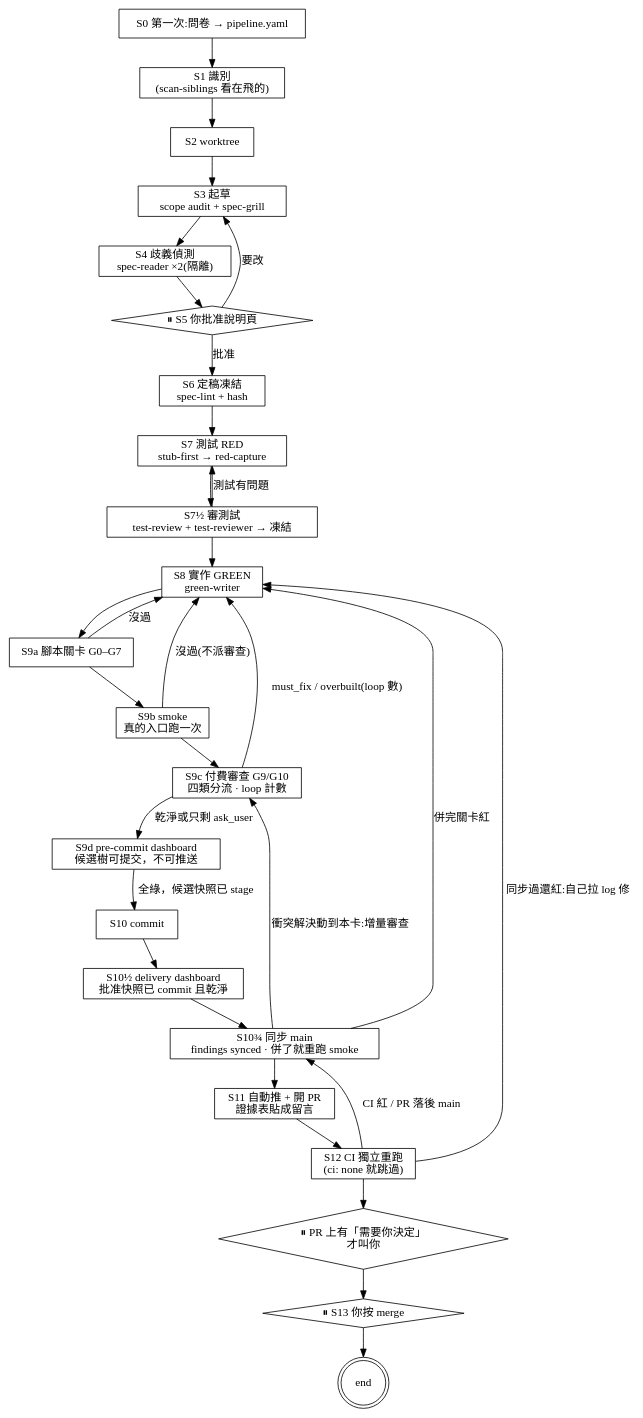
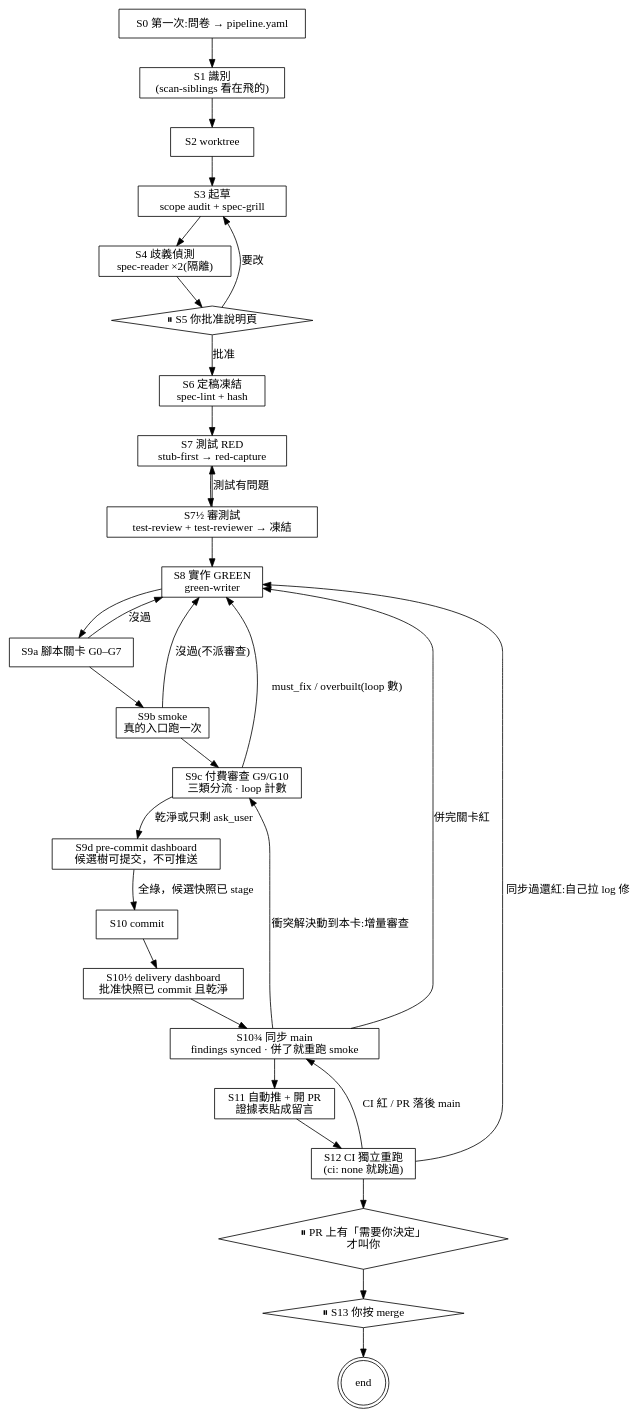
One commit to Chiao75543/claude-workflow changed the diagram in skills/workflow-orchestrator/SKILL.md. Above: the diagram before and after it, drawn with Graphviz. The commit also changed other lines of this file and 15 other files, not shown here.

````diff
--- a/skills/workflow-orchestrator/SKILL.md
+++ b/skills/workflow-orchestrator/SKILL.md
@@ -99,42 +99,42 @@
 ```dot
 digraph workflow {
   s0 [shape=box, label="S0 第一次:問卷 → pipeline.yaml"];
   s1 [shape=box, label="S1 識別\n(scan-siblings 看在飛的)"];
   s2 [shape=box, label="S2 worktree"];
   s3 [shape=box, label="S3 起草\nscope audit + spec-grill"];
   s4 [shape=box, label="S4 歧義偵測\nspec-reader ×2(隔離)"];
   s5 [shape=diamond, label="⏸ S5 你批准說明頁"];
   s6 [shape=box, label="S6 定稿凍結\nspec-lint + hash"];
   s7 [shape=box, label="S7 測試 RED\nstub-first → red-capture"];
   s7b [shape=box, label="S7½ 審測試\ntest-review + test-reviewer → 凍結"];
   s8 [shape=box, label="S8 實作 GREEN\ngreen-writer"];
   s9a [shape=box, label="S9a 腳本關卡 G0–G7"];
   s9b [shape=box, label="S9b smoke\n真的入口跑一次"];
-  s9c [shape=box, label="S9c 付費審查 G9/G10\n四類分流 · loop 計數"];
+  s9c [shape=box, label="S9c 付費審查 G9/G10\n三類分流 · loop 計數"];
   precommit [shape=box, label="S9d pre-commit dashboard\n候選樹可提交，不可推送"];
   s10 [shape=box, label="S10 commit"];
   delivery [shape=box, label="S10½ delivery dashboard\n批准快照已 commit 且乾淨"];
   sync [shape=box, label="S10¾ 同步 main\nfindings synced · 併了就重跑 smoke"];
   s11 [shape=box, label="S11 自動推 + 開 PR\n證據表貼成留言"];
   s12 [shape=box, label="S12 CI 獨立重跑\n(ci: none 就跳過)"];
   s13a [shape=diamond, label="⏸ PR 上有「需要你決定」\n才叫你"];
   s13 [shape=diamond, label="⏸ S13 你按 merge"];
   done [shape=doublecircle, label="end"];
 
   s0 -> s1 -> s2 -> s3 -> s4 -> s5;
   s5 -> s3 [label="要改"];
   s5 -> s6 [label="批准"];
   s6 -> s7 -> s7b -> s8 -> s9a -> s9b -> s9c;
   s7b -> s7 [label="測試有問題"];
   s9a -> s8 [label="沒過"];
   s9b -> s8 [label="沒過(不派審查)"];
   s9c -> s8 [label="must_fix / overbuilt(loop 數)"];
   s9c -> precommit [label="乾淨或只剩 ask_user"];
   precommit -> s10 [label="全綠，候選快照已 stage"];
   s10 -> delivery -> sync -> s11 -> s12 -> s13a -> s13 -> done;
   sync -> s9c [label="衝突解決動到本卡:增量審查"];
   sync -> s8 [label="併完關卡紅"];
   s12 -> sync [label="CI 紅 / PR 落後 main"];
   s12 -> s8 [label="同步過還紅:自己拉 log 修"];
 }
 ```
````
